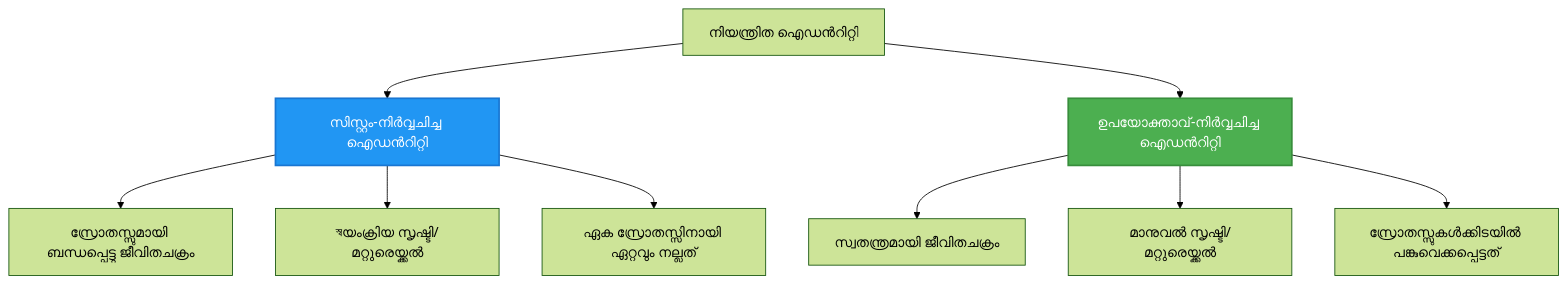
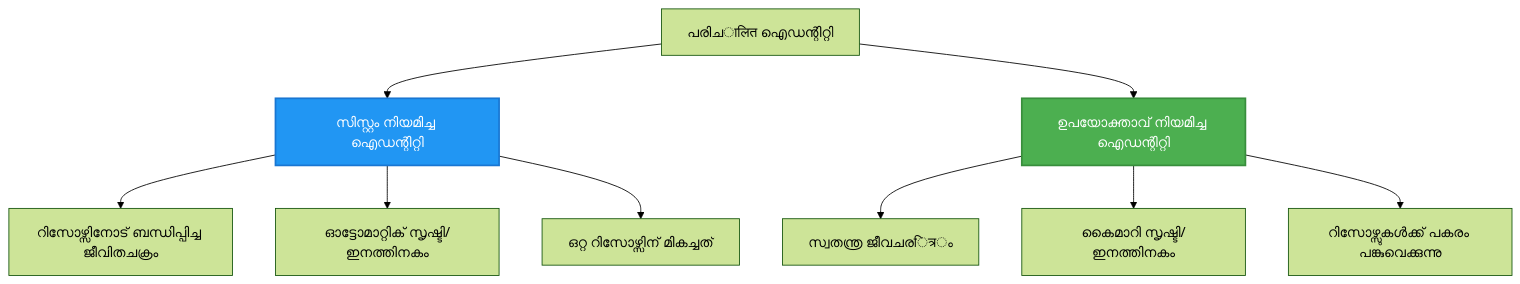
One commit to microsoft/AZD-for-beginners changed the second of 2 diagrams in translations/ml/docs/chapter-03-configuration/authsecurity.md. Above: the diagram before and after it, drawn with Mermaid (forest theme). The commit also changed other lines of this file and 104 other files, not shown here.

````diff
--- a/translations/ml/docs/chapter-03-configuration/authsecurity.md
+++ b/translations/ml/docs/chapter-03-configuration/authsecurity.md
@@ -97,20 +98,20 @@
 ```mermaid
 graph TB
-    MI[നിയന്ത്രിത ഐഡൻറിറ്റി]
-    SystemAssigned[സിസ്റ്റം-നിർവ്വചിച്ച ഐഡൻറിറ്റി]
-    UserAssigned[ഉപയോക്താവ്-നിർവ്വചിച്ച ഐഡൻറിറ്റി]
+    MI[പരിചालित ഐഡന്റിറ്റി]
+    SystemAssigned[സിസ്റ്റം നിയമിച്ച ഐഡന്റിറ്റി]
+    UserAssigned[ഉപയോക്താവ് നിയമിച്ച ഐഡന്റിറ്റി]
     
     MI --> SystemAssigned
     MI --> UserAssigned
     
-    SystemAssigned --> SA1[സ്രോതസ്സുമായി ബന്ധപ്പെട്ടു ജീവിതചക്രം]
-    SystemAssigned --> SA2[স্বയംക്രിയ സൃഷ്ടി/മറ്റുരെയ്ക്കൽ]
-    SystemAssigned --> SA3[ഏക സ്രോതസ്സിനായി ഏറ്റവും നല്ലത്]
+    SystemAssigned --> SA1[റിസോഴ്സിനോട് ബന്ധിപ്പിച്ച ജീവിതചക്രം]
+    SystemAssigned --> SA2[ഓട്ടോമാറ്റിക് സൃഷ്ടി/ഇനത്തിനകം]
+    SystemAssigned --> SA3[ഒറ്റ റിസോഴ്സിന് മികച്ചത്]
     
-    UserAssigned --> UA1[സ്വതന്ത്രമായി ജീവിതചക്രം]
-    UserAssigned --> UA2[മാനുവൽ സൃഷ്ടി/മറ്റുരെയ്ക്കൽ]
-    UserAssigned --> UA3[സ്രോതസ്സുകൾക്കിടയിൽ പങ്കുവെക്കപ്പെട്ടത്]
+    UserAssigned --> UA1[സ്വതന്ത്ര ജീവചരित्रം]
+    UserAssigned --> UA2[കൈമാറി സൃഷ്ടി/ഇനത്തിനകം]
+    UserAssigned --> UA3[റിസോഴ്സുകൾക്ക് പകരം പങ്കുവെക്കുന്നു]
     
     style SystemAssigned fill:#2196F3,stroke:#1976D2,stroke-width:2px,color:#fff
     style UserAssigned fill:#4CAF50,stroke:#388E3C,stroke-width:2px,color:#fff
 ```
````
